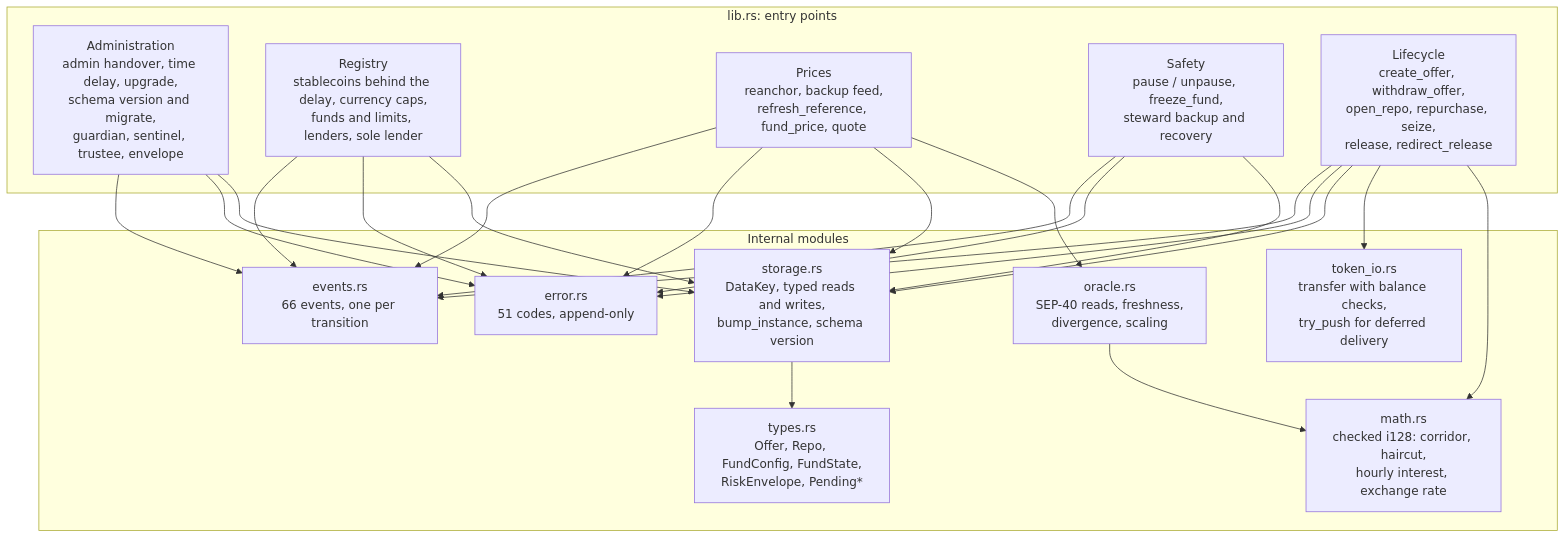
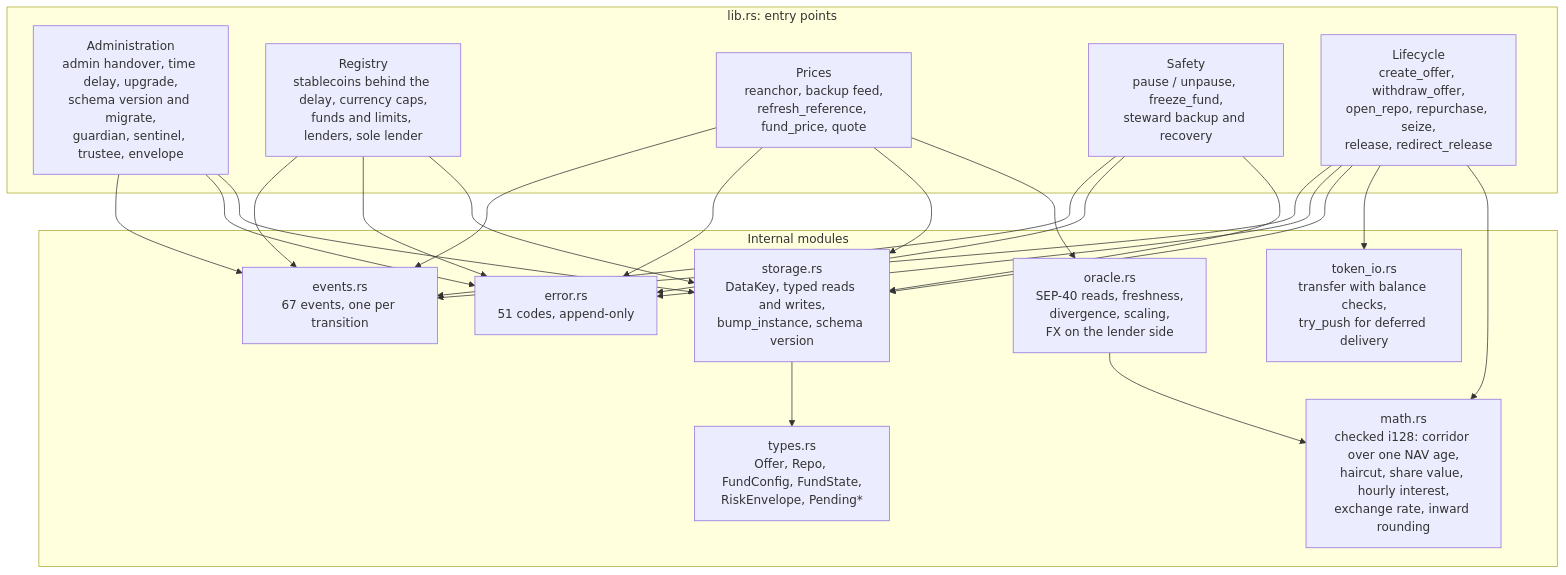
Before and after one commit to EricLtx/hackmeridian-2026: the second of 11 diagrams in docs/architecture.md, drawn with Mermaid. The commit also changed other lines of this file, not shown here.

First line of the commit message:
Docs: the architecture map at the rc5 candidate

````diff
--- a/docs/architecture.md
+++ b/docs/architecture.md
@@ -75,30 +75,30 @@
 ```mermaid
 flowchart TB
   subgraph API["lib.rs: entry points"]
     A[Administration<br/>admin handover, time delay, upgrade,<br/>schema version and migrate,<br/>guardian, sentinel, trustee, envelope]
     R[Registry<br/>stablecoins behind the delay, currency caps,<br/>funds and limits, lenders, sole lender]
     P[Prices<br/>reanchor, backup feed,<br/>refresh_reference, fund_price, quote]
     S[Safety<br/>pause / unpause, freeze_fund,<br/>steward backup and recovery]
     Cy[Lifecycle<br/>create_offer, withdraw_offer,<br/>open_repo, repurchase, seize,<br/>release, redirect_release]
   end
   subgraph MOD["Internal modules"]
     ST[storage.rs<br/>DataKey, typed reads and writes,<br/>bump_instance, schema version]
-    OR[oracle.rs<br/>SEP-40 reads, freshness,<br/>divergence, scaling]
-    MA[math.rs<br/>checked i128: corridor, haircut,<br/>hourly interest, exchange rate]
+    OR[oracle.rs<br/>SEP-40 reads, freshness,<br/>divergence, scaling,<br/>FX on the lender side]
+    MA[math.rs<br/>checked i128: corridor over one NAV age,<br/>haircut, share value, hourly interest,<br/>exchange rate, inward rounding]
     TK[token_io.rs<br/>transfer with balance checks,<br/>try_push for deferred delivery]
     TY[types.rs<br/>Offer, Repo, FundConfig, FundState,<br/>RiskEnvelope, Pending*]
     ER[error.rs<br/>51 codes, append-only]
-    EV[events.rs<br/>66 events, one per transition]
+    EV[events.rs<br/>67 events, one per transition]
   end
   A --> ST
   R --> ST
   P --> OR --> MA
   P --> ST
   S --> ST
   Cy --> MA
   Cy --> TK
   Cy --> ST
   A & R & P & S & Cy --> ER
   A & R & P & S & Cy --> EV
   ST --> TY
 ```
````
